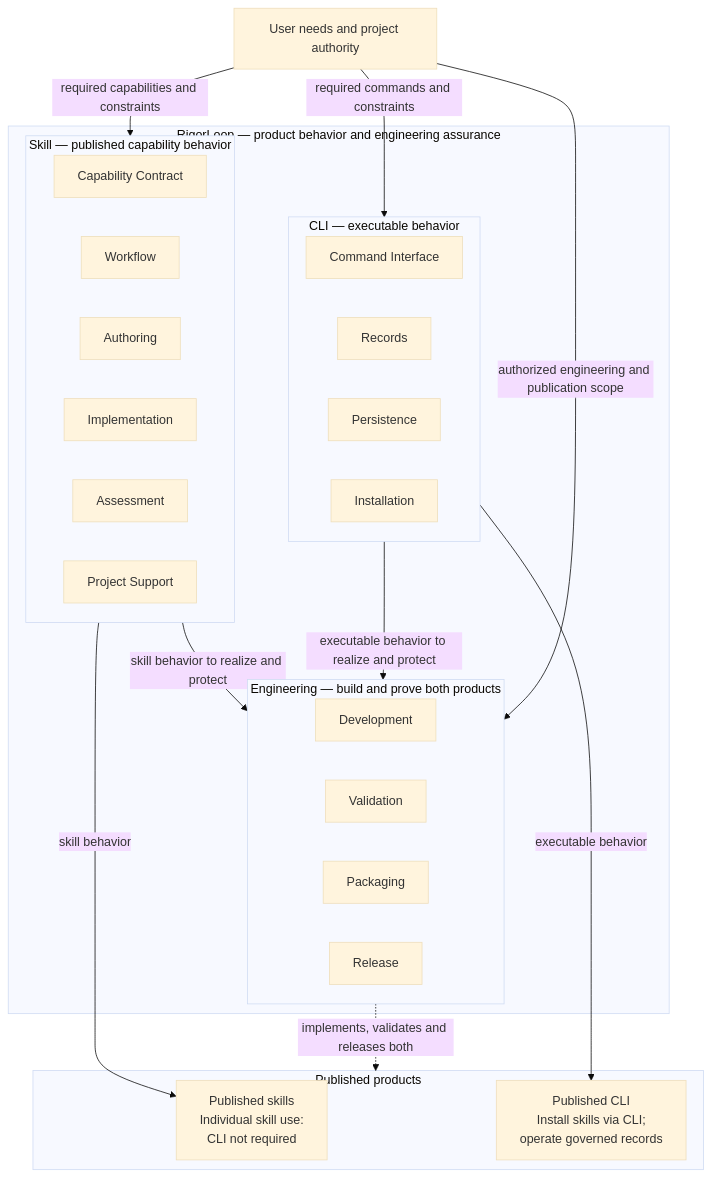
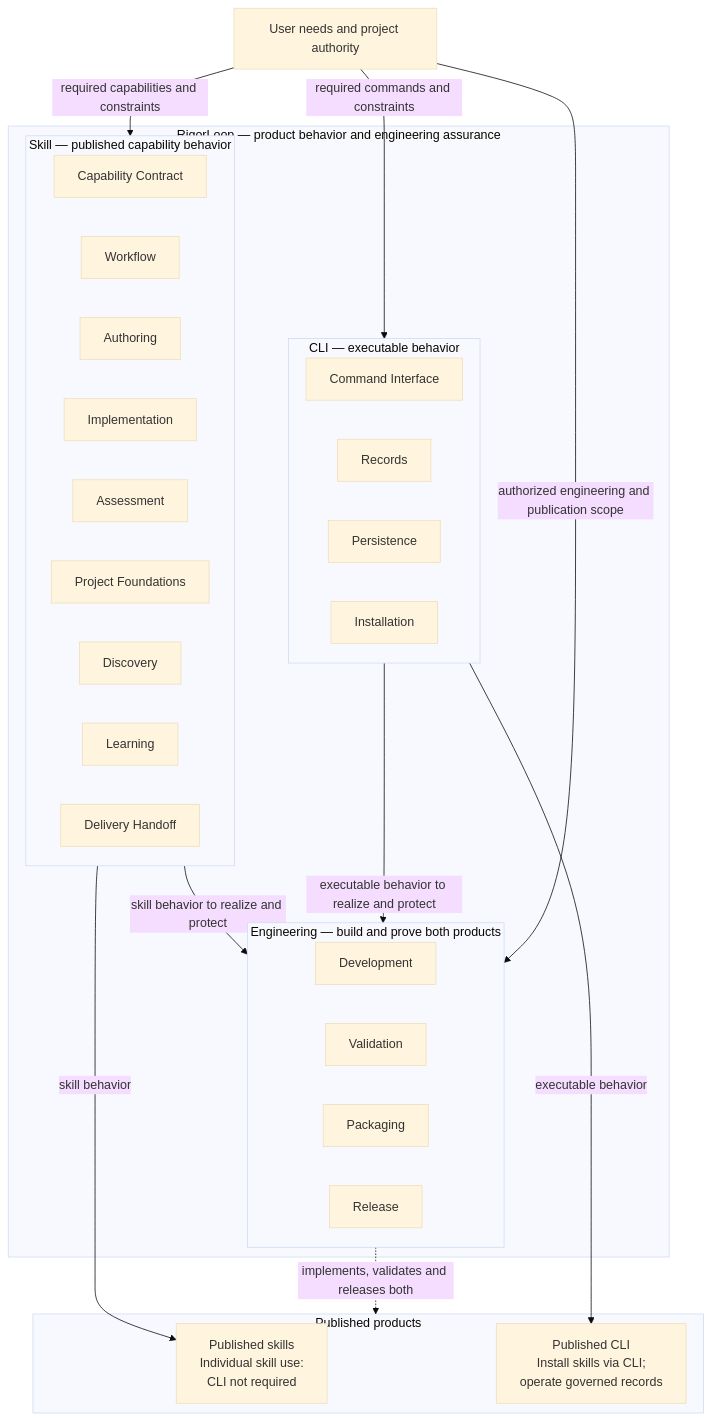
The third of 5 diagrams in docs/design/system.md (xiongxianfei/rigorloop), drawn with Mermaid (base theme) before and after one commit. The commit also changed other lines of this file and 143 other files, not shown here.

````diff
--- a/docs/design/system.md
+++ b/docs/design/system.md
@@ -109,53 +130,56 @@
 ```mermaid
 %%{init: {"flowchart": {"rankSpacing": 25, "nodeSpacing": 25}}}%%
 flowchart TB
     Intent["User needs and project authority"]
 
     subgraph Project["RigorLoop — product behavior and engineering assurance"]
 
     subgraph Skill["Skill — published capability behavior"]
         direction TB
         S1["Capability Contract"]
         S2["Workflow"]
         S3["Authoring"]
         S4["Implementation"]
         S5["Assessment"]
-        S6["Project Support"]
-        S1 ~~~ S2 ~~~ S3 ~~~ S4 ~~~ S5 ~~~ S6
+        S6["Project Foundations"]
+        S7["Discovery"]
+        S8["Learning"]
+        S9["Delivery Handoff"]
+        S1 ~~~ S2 ~~~ S3 ~~~ S4 ~~~ S5 ~~~ S6 ~~~ S7 ~~~ S8 ~~~ S9
     end
 
     subgraph CLI["CLI — executable behavior"]
         direction TB
         C1["Command Interface"]
         C2["Records"]
         C3["Persistence"]
         C4["Installation"]
         C1 ~~~ C2 ~~~ C3 ~~~ C4
     end
 
     subgraph Engineering["Engineering — build and prove both products"]
         direction TB
         E1["Development"]
         E2["Validation"]
         E3["Packaging"]
         E4["Release"]
         E1 ~~~ E2 ~~~ E3 ~~~ E4
     end
 
     Skill -->|"skill behavior to realize and protect"| Engineering
     CLI -->|"executable behavior to realize and protect"| Engineering
     end
 
     Intent -->|"required capabilities and constraints"| Skill
     Intent -->|"required commands and constraints"| CLI
     Intent -->|"authorized engineering and publication scope"| Engineering
 
     subgraph Products["Published products"]
         PublishedSkills["Published skills<br/>Individual skill use:<br/>CLI not required"]
         PublishedCLI["Published CLI<br/>Install skills via CLI;<br/>operate governed records"]
     end
     Skill -->|"skill behavior"| PublishedSkills
     CLI -->|"executable behavior"| PublishedCLI
     Engineering -.->|"implements, validates and releases both"| Products
 
 ```
````
